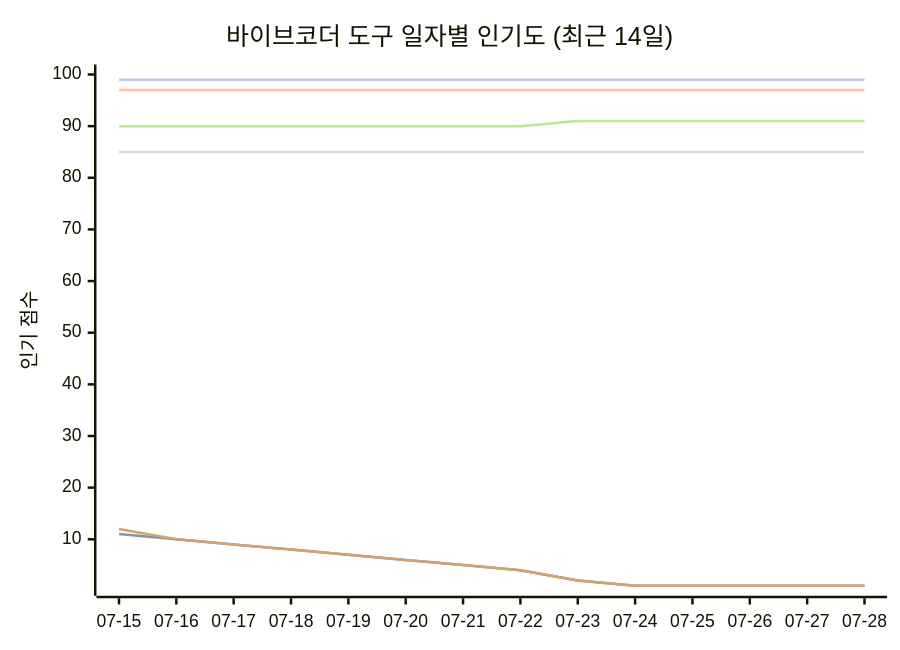
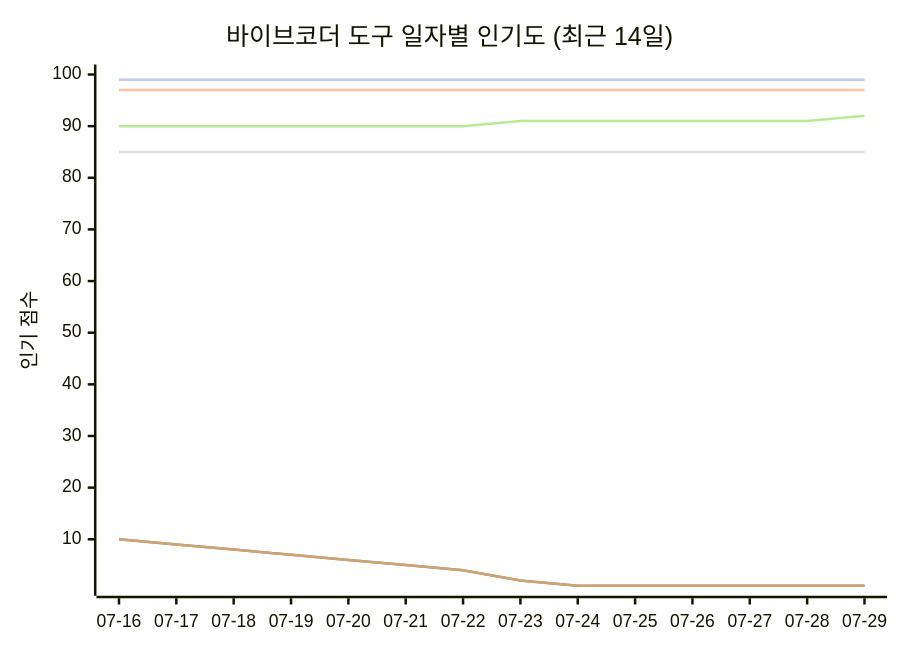
Before and after one commit to tykimos/ai-whatchelin: the seventh of 11 diagrams in README_ko.md, drawn with Mermaid. The commit also changed other lines of this file and 4 other files, not shown here.

````diff
--- a/README_ko.md
+++ b/README_ko.md
@@ -2064,13 +2075,13 @@
 ```mermaid
 xychart-beta
     title "바이브코더 도구 일자별 인기도 (최근 14일)"
-    x-axis ["07-15", "07-16", "07-17", "07-18", "07-19", "07-20", "07-21", "07-22", "07-23", "07-24", "07-25", "07-26", "07-27", "07-28"]
+    x-axis ["07-16", "07-17", "07-18", "07-19", "07-20", "07-21", "07-22", "07-23", "07-24", "07-25", "07-26", "07-27", "07-28", "07-29"]
     y-axis "인기 점수" 1 --> 100
     line "Claude Code" [99, 99, 99, 99, 99, 99, 99, 99, 99, 99, 99, 99, 99, 99]
-    line "GH Copilot" [11, 10, 9, 8, 7, 6, 5, 4, 2, 1, 1, 1, 1, 1]
+    line "GH Copilot" [10, 9, 8, 7, 6, 5, 4, 2, 1, 1, 1, 1, 1, 1]
     line "Cursor" [97, 97, 97, 97, 97, 97, 97, 97, 97, 97, 97, 97, 97, 97]
     line "Windsurf" [85, 85, 85, 85, 85, 85, 85, 85, 85, 85, 85, 85, 85, 85]
-    line "Codex CLI" [90, 90, 90, 90, 90, 90, 90, 90, 91, 91, 91, 91, 91, 91]
-    line "Gemini CLI" [12, 10, 9, 8, 7, 6, 5, 4, 2, 1, 1, 1, 1, 1]
+    line "Codex CLI" [90, 90, 90, 90, 90, 90, 90, 91, 91, 91, 91, 91, 91, 92]
+    line "Gemini CLI" [10, 9, 8, 7, 6, 5, 4, 2, 1, 1, 1, 1, 1, 1]
     line "Antigravity" [99, 99, 99, 99, 99, 99, 99, 99, 99, 99, 99, 99, 99, 99]
 ```
````
